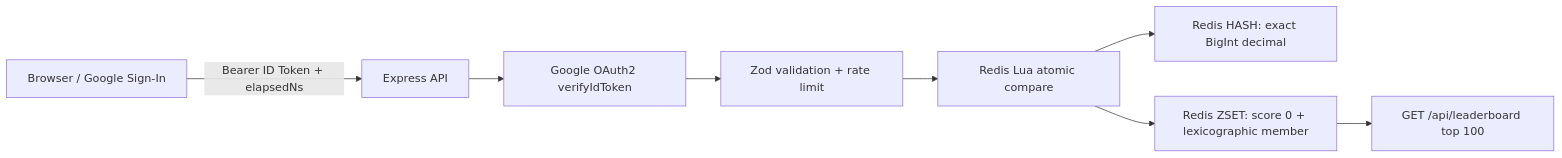
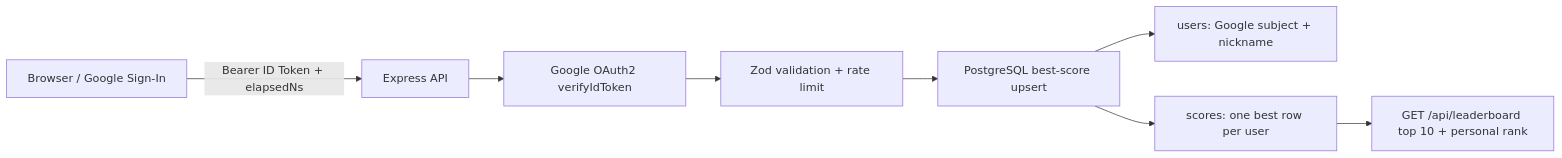
One commit to oibekzhon/Millisekund changed the diagram in README.md. Above: the diagram before and after it, drawn with Mermaid. The commit also changed other lines of this file and 8 other files, not shown here.

Commit message:
Migrate leaderboard to Railway PostgreSQL

````diff
--- a/README.md
+++ b/README.md
@@ -5,10 +5,10 @@
 ```mermaid
 flowchart LR
   A[Browser / Google Sign-In] -->|Bearer ID Token + elapsedNs| B[Express API]
   B --> C[Google OAuth2 verifyIdToken]
   C --> D[Zod validation + rate limit]
-  D --> E[Redis Lua atomic compare]
-  E --> F[Redis HASH: exact BigInt decimal]
-  E --> G[Redis ZSET: score 0 + lexicographic member]
-  G --> H[GET /api/leaderboard top 100]
+  D --> E[PostgreSQL best-score upsert]
+  E --> F[users: Google subject + nickname]
+  E --> G[scores: one best row per user]
+  G --> H[GET /api/leaderboard top 10 + personal rank]
 ```
````
